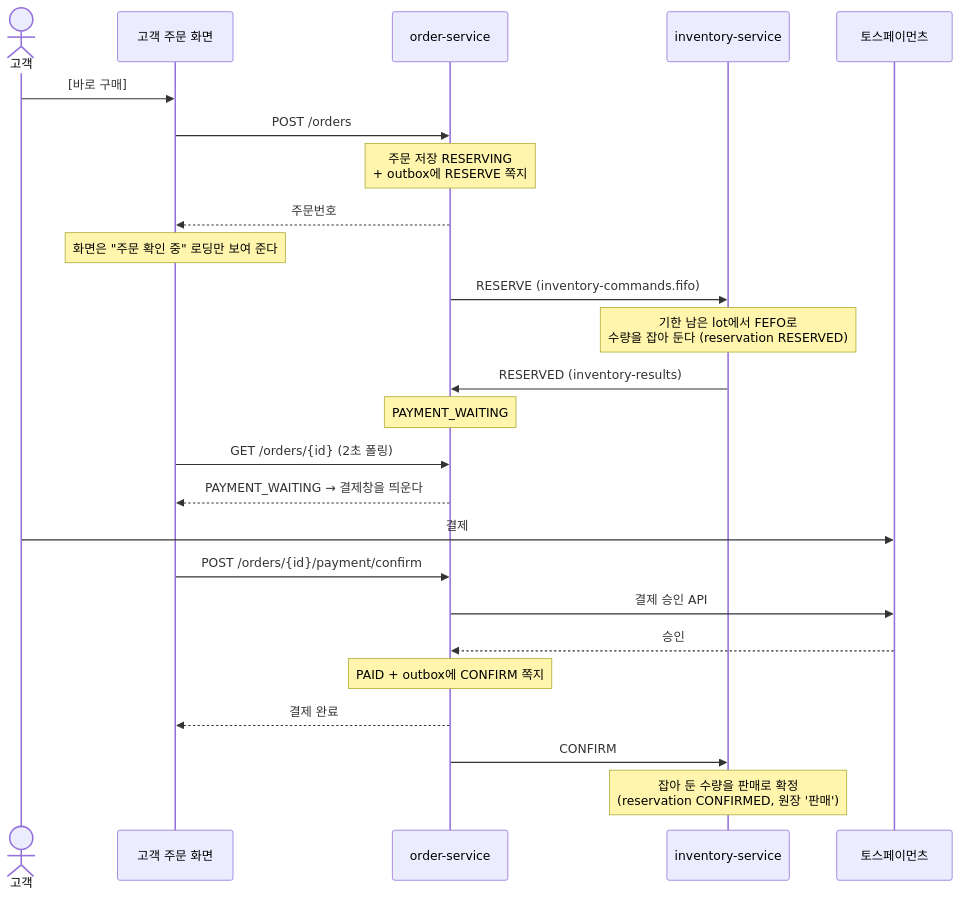
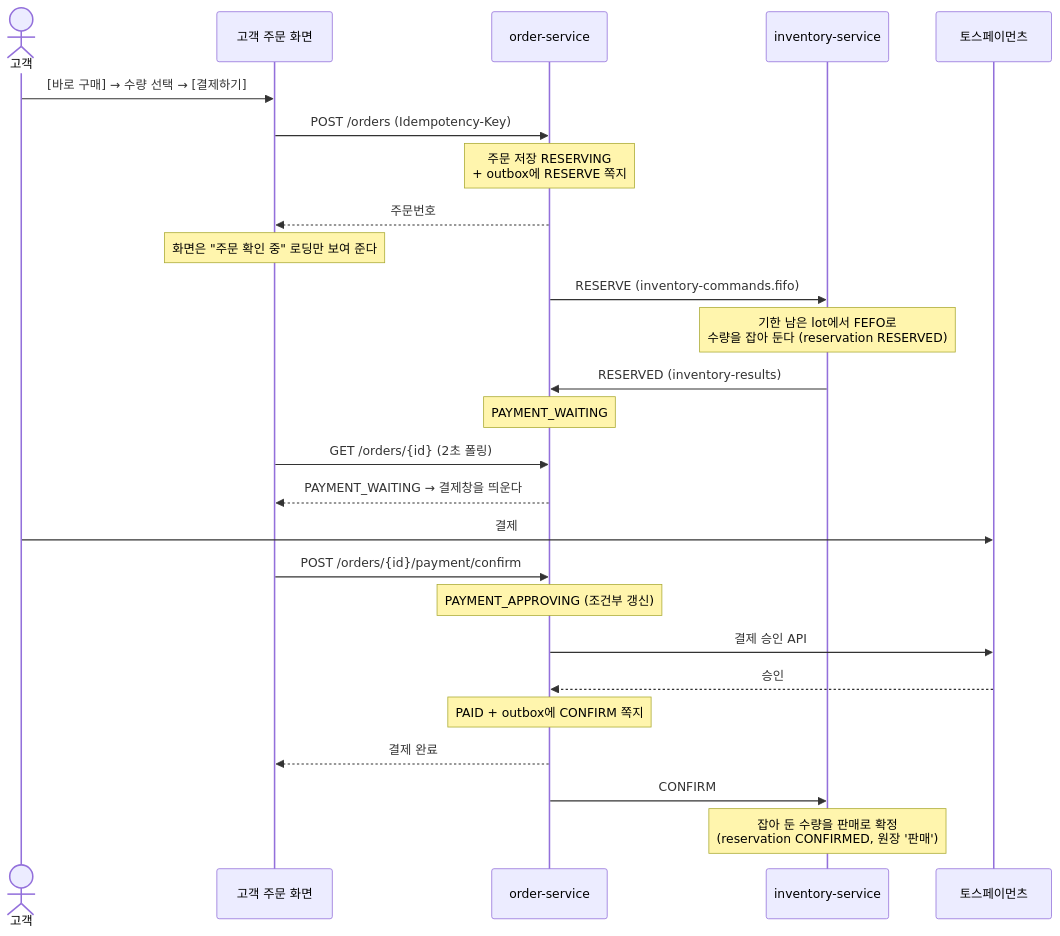
One commit to sesac-freshlink/.github changed the diagram in docs/주문-결제-흐름과-재고-예약.md. Above: the diagram before and after it, drawn with Mermaid. The commit also changed other lines of this file and 12 other files, not shown here.

First line of the commit message:
docs: 10/15 합의 반영 (관리자·고객만 가입, PAYMENT_APPROVING, 결제하기 흐름, 토스 키, MySQL 확정, Idempotency-Key, 시드 순서)

````diff
--- a/docs/주문-결제-흐름과-재고-예약.md
+++ b/docs/주문-결제-흐름과-재고-예약.md
@@ -30,28 +31,29 @@
 ```mermaid
 sequenceDiagram
     actor CU as 고객
     participant FE as 고객 주문 화면
     participant ORD as order-service
     participant INV as inventory-service
     participant PG as 토스페이먼츠
 
-    CU->>FE: [바로 구매]
-    FE->>ORD: POST /orders
+    CU->>FE: [바로 구매] → 수량 선택 → [결제하기]
+    FE->>ORD: POST /orders (Idempotency-Key)
     Note over ORD: 주문 저장 RESERVING<br/>+ outbox에 RESERVE 쪽지
     ORD-->>FE: 주문번호
     Note over FE: 화면은 "주문 확인 중" 로딩만 보여 준다
     ORD->>INV: RESERVE (inventory-commands.fifo)
     Note over INV: 기한 남은 lot에서 FEFO로<br/>수량을 잡아 둔다 (reservation RESERVED)
     INV->>ORD: RESERVED (inventory-results)
     Note over ORD: PAYMENT_WAITING
     FE->>ORD: GET /orders/{id} (2초 폴링)
     ORD-->>FE: PAYMENT_WAITING → 결제창을 띄운다
     CU->>PG: 결제
     FE->>ORD: POST /orders/{id}/payment/confirm
+    Note over ORD: PAYMENT_APPROVING (조건부 갱신)
     ORD->>PG: 결제 승인 API
     PG-->>ORD: 승인
     Note over ORD: PAID + outbox에 CONFIRM 쪽지
     ORD-->>FE: 결제 완료
     ORD->>INV: CONFIRM
     Note over INV: 잡아 둔 수량을 판매로 확정<br/>(reservation CONFIRMED, 원장 '판매')
 ```
````
